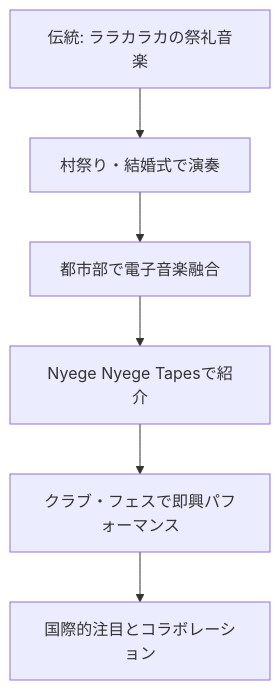
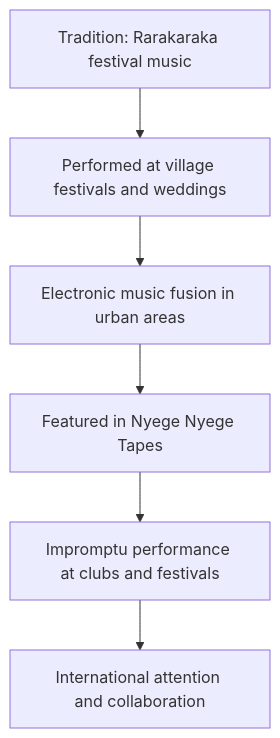
One commit to monumental-movement/monumental-movement.github.io changed the third of 6 diagrams in en/_posts/2025-10-04-Column-Nyege-Nyege.md. Above: the diagram before and after it, drawn with Mermaid. The commit also changed other lines of this file and 1631 other files, not shown here.

```diff
--- a/en/_posts/2025-10-04-Column-Nyege-Nyege.md
+++ b/en/_posts/2025-10-04-Column-Nyege-Nyege.md
@@ -179,10 +174,10 @@
 <div class="mermaid">
 
 flowchart TD
-    A["伝統: ララカラカの祭礼音楽"] --> B["村祭り・結婚式で演奏"]
-    B --> C["都市部で電子音楽融合"]
-    C --> D["Nyege Nyege Tapesで紹介"]
-    D --> E["クラブ・フェスで即興パフォーマンス"]
-    E --> F["国際的注目とコラボレーション"]
+    A["Tradition: Rarakaraka festival music"] --> B["Performed at village festivals and weddings"]
+    B --> C["Electronic music fusion in urban areas"]
+    C --> D["Featured in Nyege Nyege Tapes"]
+    D --> E["Impromptu performance at clubs and festivals"]
+    E --> F["International attention and collaboration"]
 
 </div>
```
